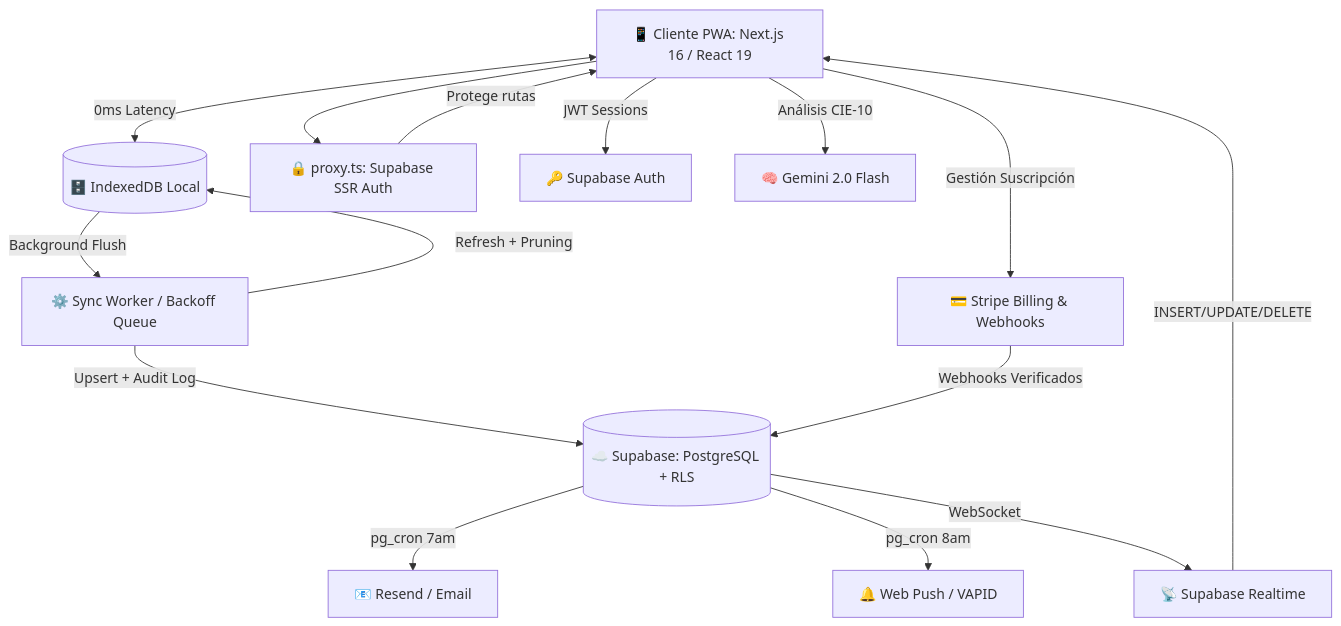
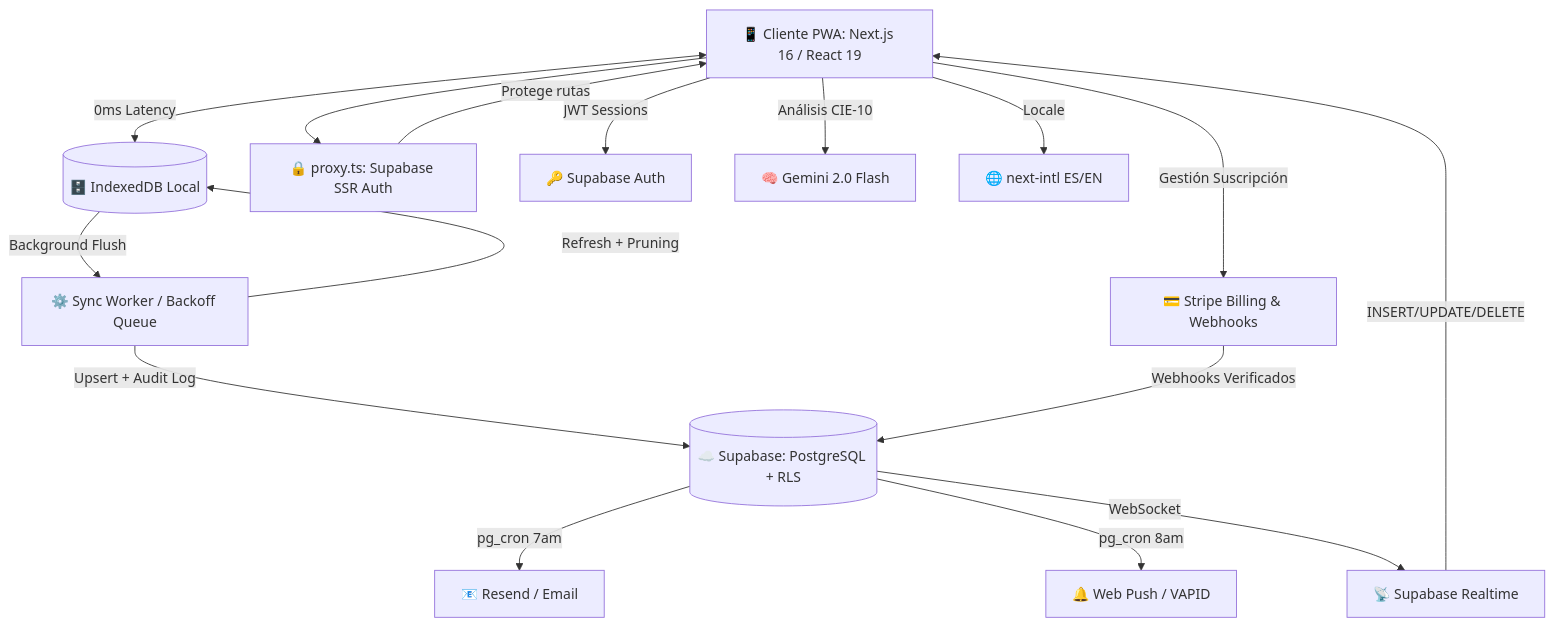
Before and after one commit to khryazid/HCE: the diagram in README.md, drawn with Mermaid. The commit also changed other lines of this file and 30 other files, not shown here.

````diff
--- a/README.md
+++ b/README.md
@@ -117,29 +134,31 @@
 ```mermaid
 graph TD
     Client[📱 Cliente PWA: Next.js 16 / React 19]
     IDB[(🗄️ IndexedDB Local)]
     PROXY[🔒 proxy.ts: Supabase SSR Auth]
     SW[⚙️ Sync Worker / Backoff Queue]
     SupabaseDB[(☁️ Supabase: PostgreSQL + RLS)]
     Auth[🔑 Supabase Auth]
     AI[🧠 Gemini 2.0 Flash]
     Stripe[💳 Stripe Billing & Webhooks]
     Push[🔔 Web Push / VAPID]
     Email[📧 Resend / Email]
     RT[📡 Supabase Realtime]
+    i18n[🌐 next-intl ES/EN]
 
     Client --> PROXY
     PROXY -->|Protege rutas| Client
     Client <-->|0ms Latency| IDB
     IDB -->|Background Flush| SW
     SW -->|Upsert + Audit Log| SupabaseDB
     SW -->|Refresh + Pruning| IDB
     Client -->|JWT Sessions| Auth
     Client -->|Análisis CIE-10| AI
     Client -->|Gestión Suscripción| Stripe
+    Client -->|Locale| i18n
     Stripe -->|Webhooks Verificados| SupabaseDB
     SupabaseDB -->|pg_cron 7am| Email
     SupabaseDB -->|pg_cron 8am| Push
     SupabaseDB -->|WebSocket| RT
     RT -->|INSERT/UPDATE/DELETE| Client
 ```
````
